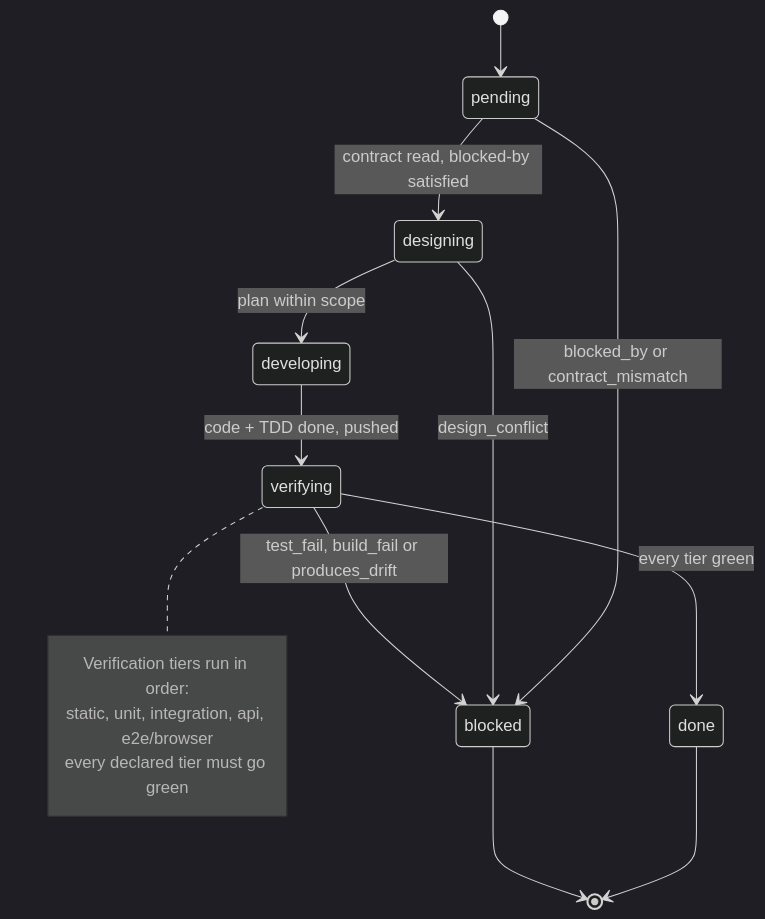
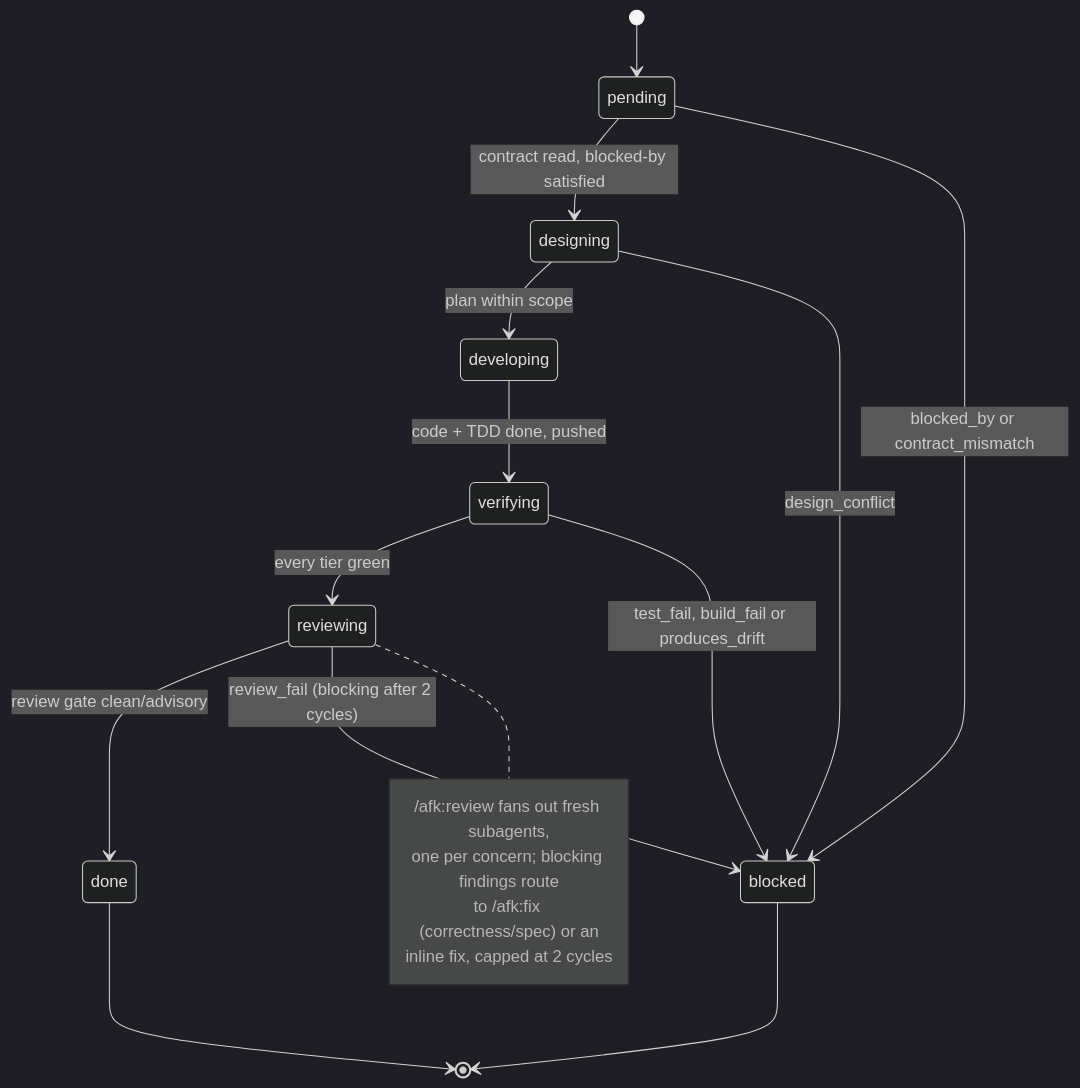
Before and after one commit to midnightblur/afk-driver: the fifth of 6 diagrams in README.md, drawn with Mermaid (dark theme). The commit also changed other lines of this file and 3 other files, not shown here.

Commit message:
mvu-p2p-000 - `[0019-documentation-update] Expand /afk:review workflow with independent review gate guidelines and outcomes; update SKILL.md with detailed verification, remediation, and reporting steps; adjust plugin registration in plugin.json`

````diff
--- a/README.md
+++ b/README.md
@@ -403,20 +404,23 @@
 ```mermaid
 stateDiagram-v2
     [*] --> pending
     pending --> designing: contract read, blocked-by satisfied
     designing --> developing: plan within scope
     developing --> verifying: code + TDD done, pushed
-    verifying --> done: every tier green
+    verifying --> reviewing: every tier green
+    reviewing --> done: review gate clean/advisory
     done --> [*]
 
     pending --> blocked: blocked_by or contract_mismatch
     designing --> blocked: design_conflict
     verifying --> blocked: test_fail, build_fail or produces_drift
+    reviewing --> blocked: review_fail (blocking after 2 cycles)
     blocked --> [*]
 
-    note right of verifying
-        Verification tiers run in order:
-        static, unit, integration, api, e2e/browser
-        every declared tier must go green
+    note right of reviewing
+        /afk:review fans out fresh subagents,
+        one per concern; blocking findings route
+        to /afk:fix (correctness/spec) or an
+        inline fix, capped at 2 cycles
     end note
 ```
````
